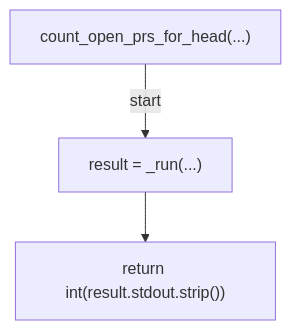
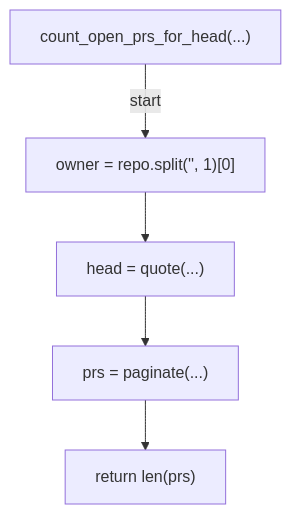
Before and after one commit to tvna/claude-md: the ninth of 25 diagrams in docs/generated/scripts/ast/branch_cleanup.md, drawn with Mermaid. The commit also changed other lines of this file and 15 other files, not shown here.

First line of the commit message:
docs(generated): regenerate decision tree and workflow diagrams

````diff
--- a/docs/generated/scripts/ast/branch_cleanup.md
+++ b/docs/generated/scripts/ast/branch_cleanup.md
@@ -112,8 +123,12 @@
 ```mermaid
 flowchart TD
     N001["count_open_prs_for_head(...)"]
-    N002["result = _run(...)"]
-    N003["return int(result.stdout.strip())"]
+    N002["owner = repo.split('<str>', 1)[0]"]
+    N003["head = quote(...)"]
+    N004["prs = paginate(...)"]
+    N005["return len(prs)"]
     N001 -->|"start"| N002
     N002 --> N003
+    N003 --> N004
+    N004 --> N005
 ```
````
